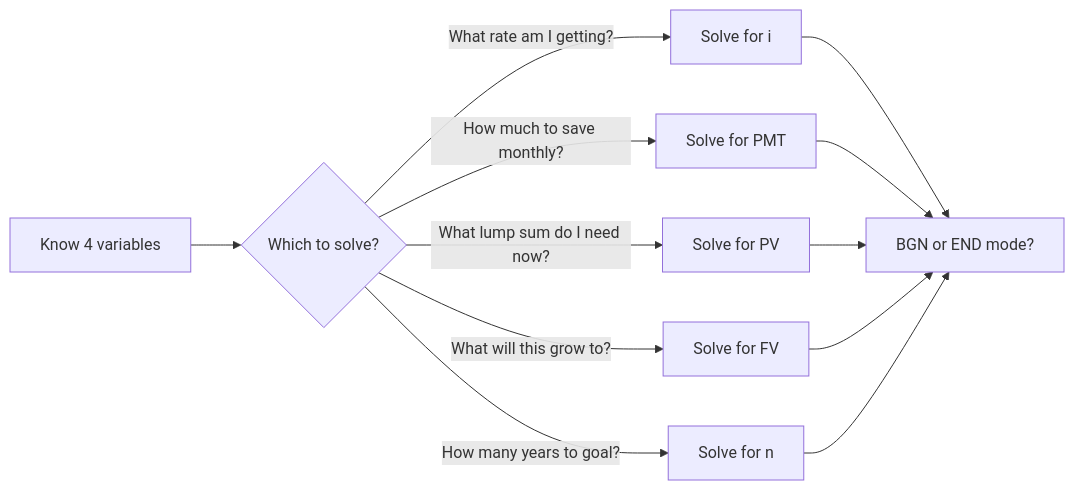
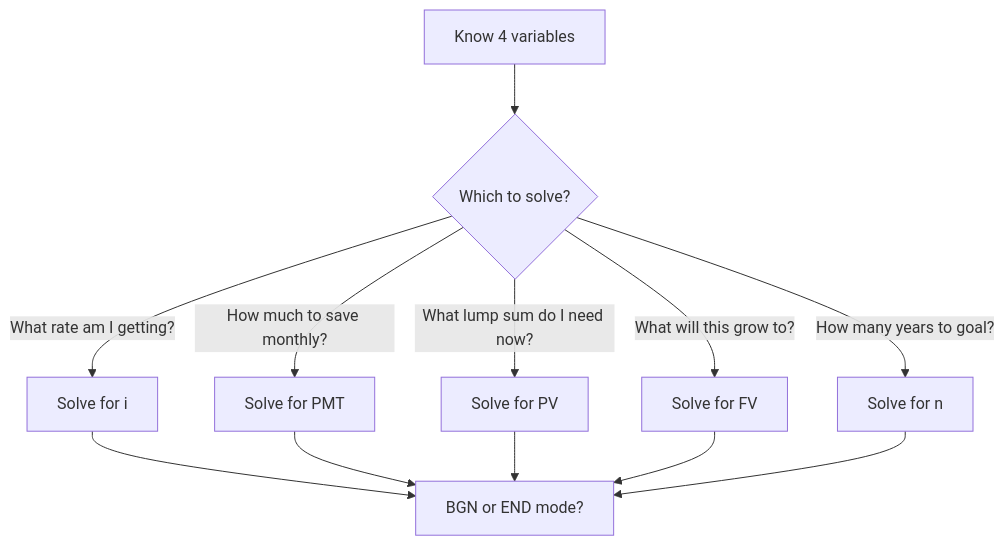
The second of 6 diagrams in docs/first-60-days/week-5/day-28.md (leotansingapore/aia-product-compass-hub), drawn with Mermaid before and after one commit. The commit also changed other lines of this file and 56 other files, not shown here.

Commit message:
Readability pass across first-60-days: styled HTML to tables/diagrams, cleaner formatting, no leaked metadata

````diff
--- a/docs/first-60-days/week-5/day-28.md
+++ b/docs/first-60-days/week-5/day-28.md
@@ -90,14 +90,14 @@
 ```mermaid
-flowchart LR
+flowchart TD
     A["Know 4 variables"] --> B{"Which to solve?"}
-    B -- "What rate am I getting?" --> C["Solve for i"]
-    B -- "How much to save monthly?" --> D["Solve for PMT"]
-    B -- "What lump sum do I need now?" --> E["Solve for PV"]
-    B -- "What will this grow to?" --> F["Solve for FV"]
-    B -- "How many years to goal?" --> G["Solve for n"]
+    B -->|"What rate am I getting?"| C["Solve for i"]
+    B -->|"How much to save monthly?"| D["Solve for PMT"]
+    B -->|"What lump sum do I need now?"| E["Solve for PV"]
+    B -->|"What will this grow to?"| F["Solve for FV"]
+    B -->|"How many years to goal?"| G["Solve for n"]
     C --> H["BGN or END mode?"]
     D --> H
     E --> H
     F --> H
     G --> H
 ```
````
